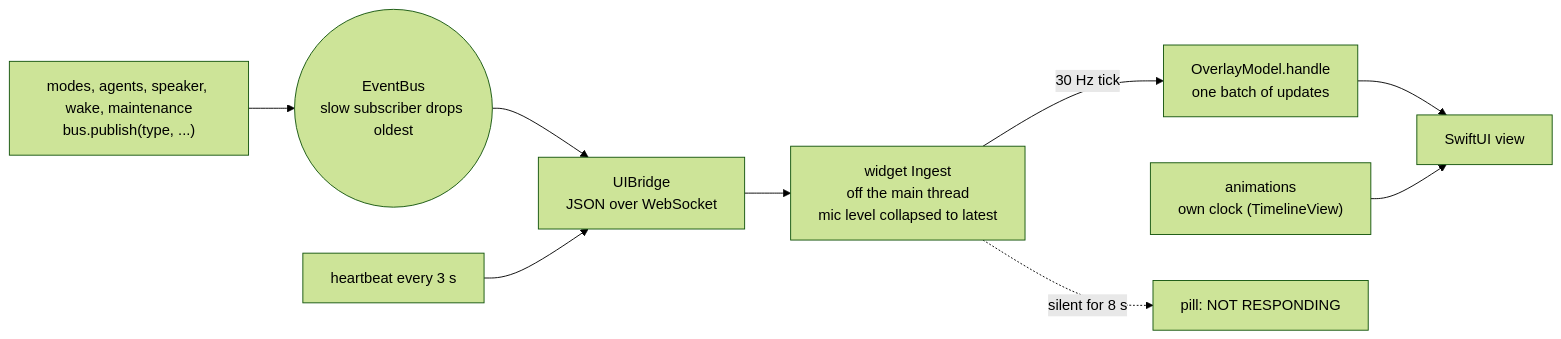
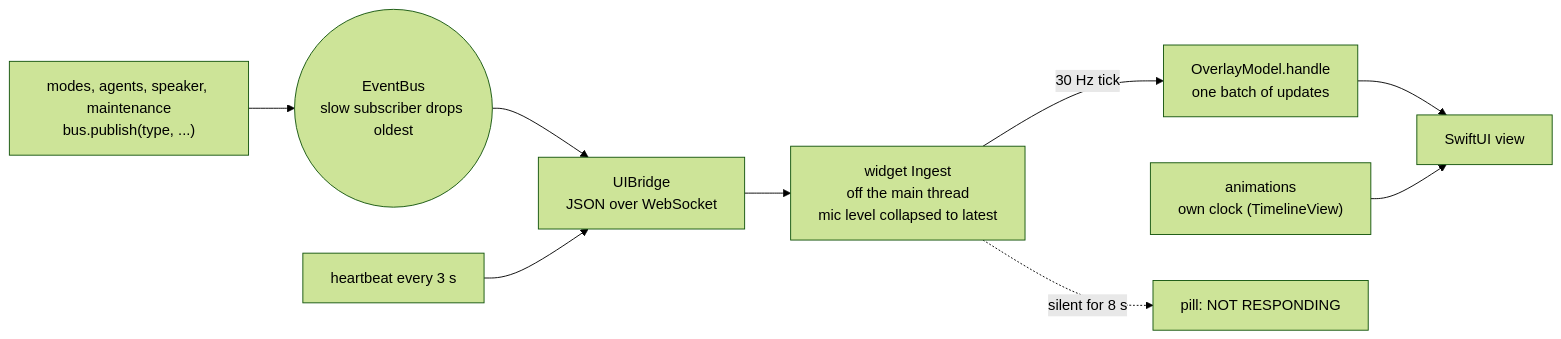
The sixth of 14 diagrams in DESIGN.md (siddh30/prometheus-voice-control), drawn with Mermaid (forest theme) before and after one commit. The commit also changed other lines of this file and 44 other files, not shown here.

````diff
--- a/DESIGN.md
+++ b/DESIGN.md
@@ -290,11 +286,11 @@
 ```mermaid
 flowchart LR
-    PUBLISHERS["modes, agents, speaker, wake, maintenance<br/>bus.publish(type, ...)"] --> BUS(("EventBus<br/>slow subscriber drops oldest"))
+    PUBLISHERS["modes, agents, speaker, maintenance<br/>bus.publish(type, ...)"] --> BUS(("EventBus<br/>slow subscriber drops oldest"))
     BUS --> BRIDGE["UIBridge<br/>JSON over WebSocket"]
     HB["heartbeat every 3 s"] --> BRIDGE
     BRIDGE --> INGEST["widget Ingest<br/>off the main thread<br/>mic level collapsed to latest"]
     INGEST -- "30 Hz tick" --> MODEL["OverlayModel.handle<br/>one batch of updates"]
     MODEL --> VIEW["SwiftUI view"]
     ANIM["animations<br/>own clock (TimelineView)"] --> VIEW
     INGEST -. "silent for 8 s" .-> STALL["pill: NOT RESPONDING"]
 ```
````
